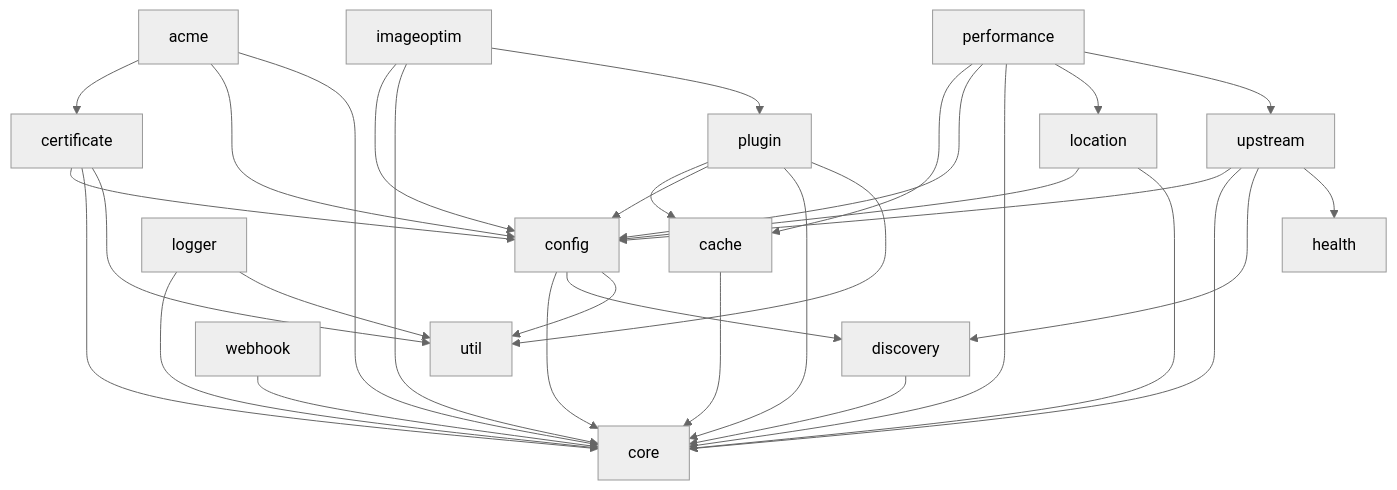
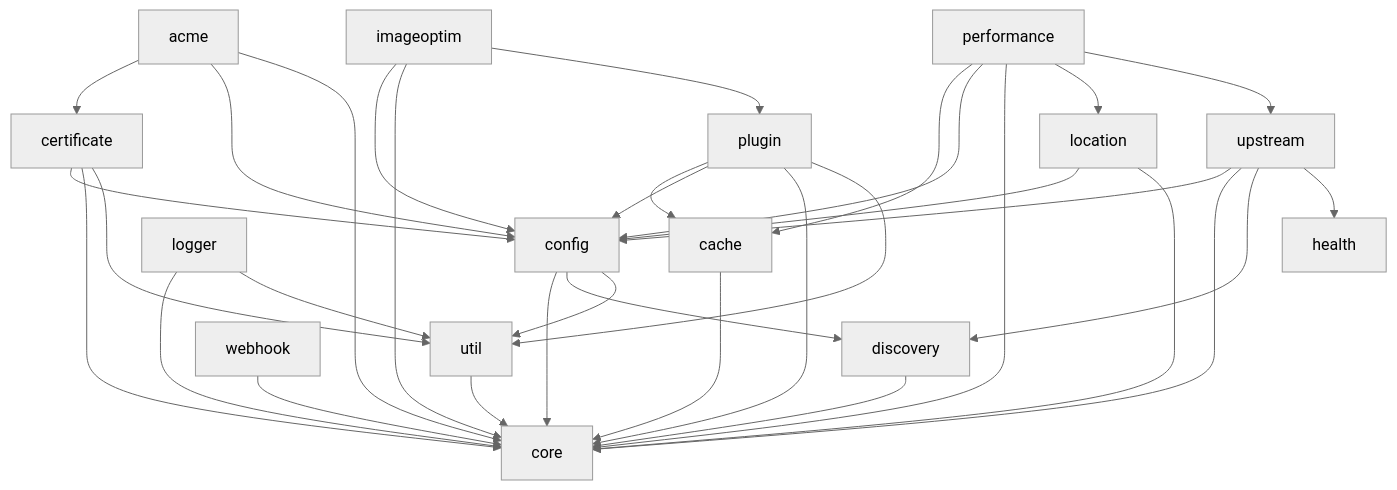
The diagram in docs/modules.md (vicanso/pingap), drawn with Mermaid (neutral theme) before and after one commit. The commit also changed 4 other files, not shown here.

````diff
--- a/docs/modules.md
+++ b/docs/modules.md
@@ -22,46 +22,48 @@
 ```mermaid
 graph TD
     acme --> certificate
     acme --> config
     acme --> core
 
     cache --> core
 
     certificate --> config
     certificate --> core
     certificate --> util
 
     config --> core
     config --> discovery
     config --> util
 
     discovery --> core
 
     imageoptim --> config
     imageoptim --> core
     imageoptim --> plugin
 
     location --> config
     location --> core
 
     logger --> core
     logger --> util
 
     performance --> cache
     performance --> config
     performance --> core
     performance --> location
     performance --> upstream
 
     plugin --> cache
     plugin --> config
     plugin --> core
     plugin --> util
 
     upstream --> config
     upstream --> core
     upstream --> discovery
     upstream --> health
 
+    util --> core
+
     webhook --> core
 ```
````
